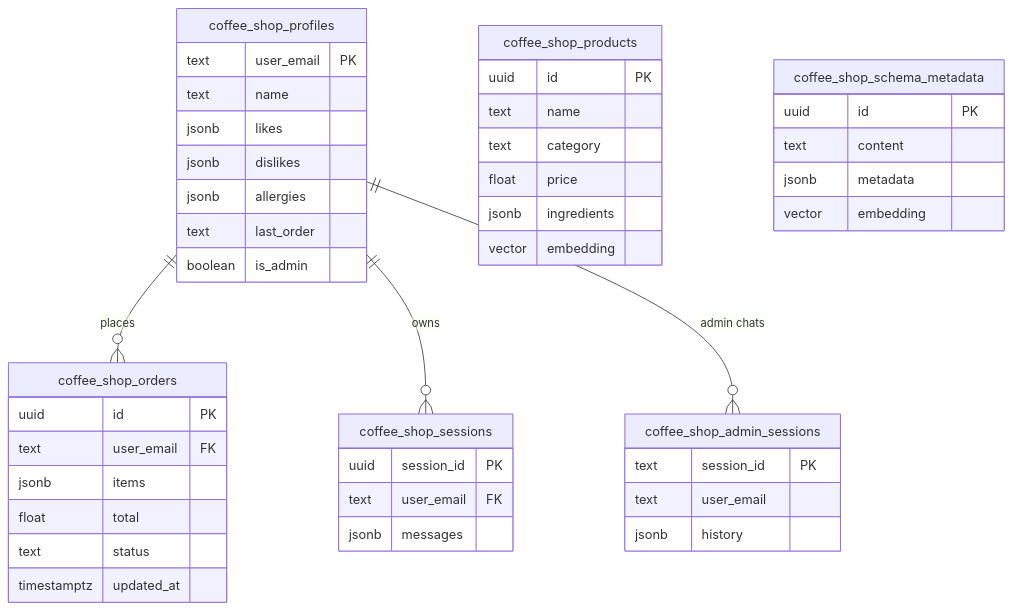
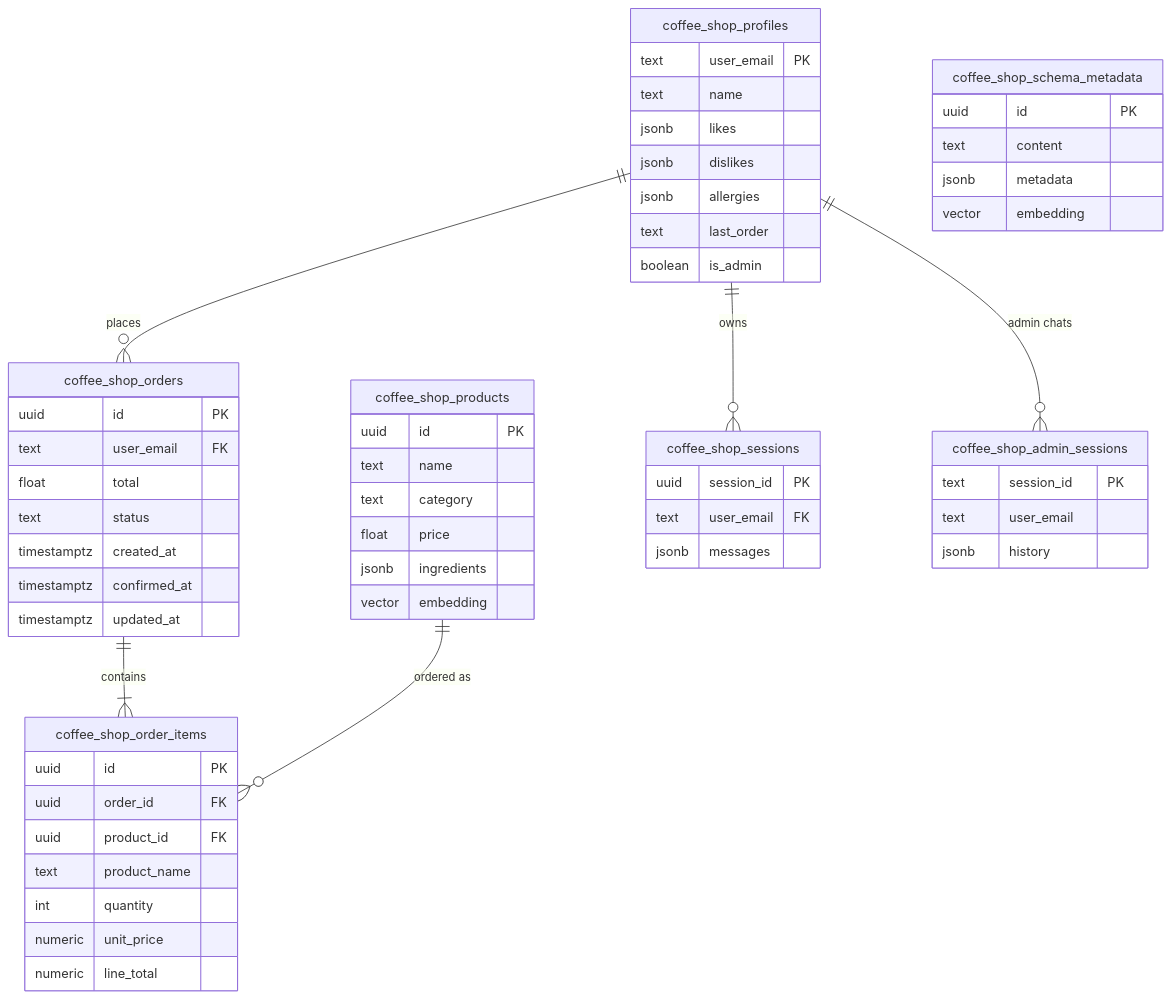
The fifth of 5 diagrams in README.md (Pandharimaske/Multi-Agent-Commerce-Platform-for-Coffee-Shop), drawn with Mermaid before and after one commit. The commit also changed other lines of this file and 16 other files, not shown here.

First line of the commit message:
Normalise orders, rebuild DB schema with locked-down functions, add allergen warnings, fix NIM config and order flow

````diff
--- a/README.md
+++ b/README.md
@@ -227,48 +227,60 @@
 ```mermaid
 erDiagram
     coffee_shop_profiles ||--o{ coffee_shop_orders : places
+    coffee_shop_orders ||--|{ coffee_shop_order_items : contains
+    coffee_shop_products ||--o{ coffee_shop_order_items : "ordered as"
     coffee_shop_profiles ||--o{ coffee_shop_sessions : owns
     coffee_shop_profiles ||--o{ coffee_shop_admin_sessions : "admin chats"
 
     coffee_shop_profiles {
         text user_email PK
         text name
         jsonb likes
         jsonb dislikes
         jsonb allergies
         text last_order
         boolean is_admin
     }
     coffee_shop_orders {
         uuid id PK
         text user_email FK
-        jsonb items
         float total
         text status
+        timestamptz created_at
+        timestamptz confirmed_at
         timestamptz updated_at
+    }
+    coffee_shop_order_items {
+        uuid id PK
+        uuid order_id FK
+        uuid product_id FK
+        text product_name
+        int quantity
+        numeric unit_price
+        numeric line_total
     }
     coffee_shop_products {
         uuid id PK
         text name
         text category
         float price
         jsonb ingredients
         vector embedding
     }
     coffee_shop_sessions {
         uuid session_id PK
         text user_email FK
         jsonb messages
     }
     coffee_shop_admin_sessions {
         text session_id PK
         text user_email
         jsonb history
     }
     coffee_shop_schema_metadata {
         uuid id PK
         text content
         jsonb metadata
         vector embedding
     }
 ```
````
